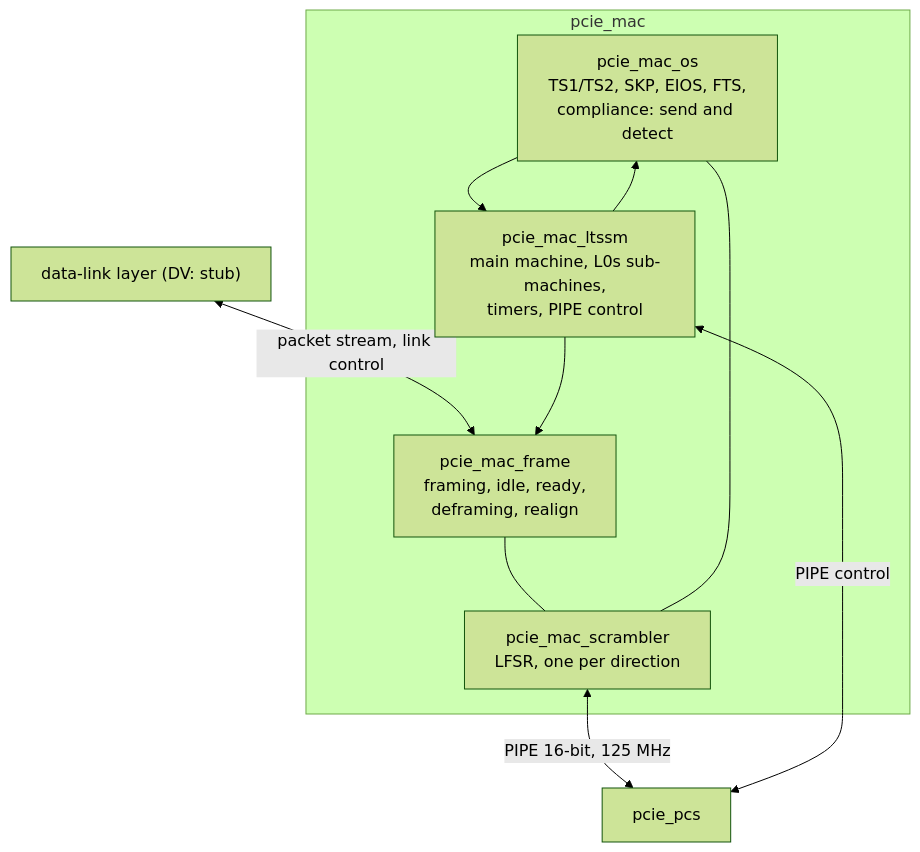
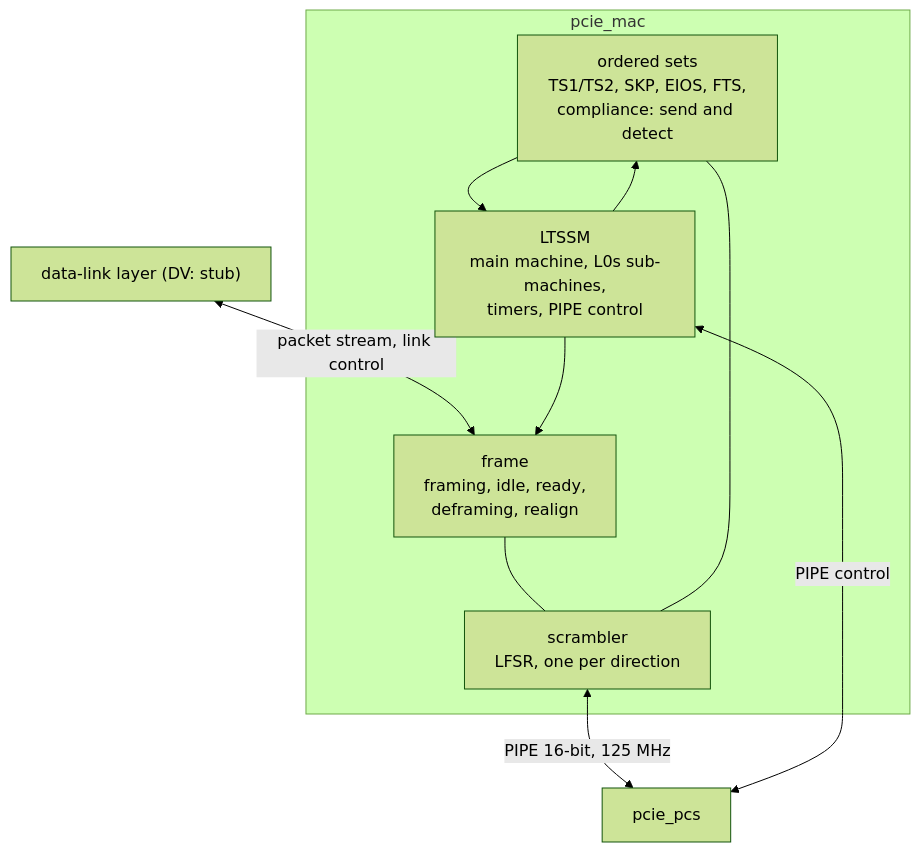
The diagram in wiki/src/arch/mac/HAS.md (amichai-bd/pcie-factory), drawn with Mermaid (forest theme) before and after one commit. The commit also changed other lines of this file and 98 other files, not shown here.

First line of the commit message:
Restructure mac into one IP with one testbench; add common_pkg (#163)

````diff
--- a/wiki/src/arch/mac/HAS.md
+++ b/wiki/src/arch/mac/HAS.md
@@ -26,17 +26,17 @@
 ```mermaid
 flowchart TB
   up["data-link layer (DV: stub)"] <-- "packet stream, link control" --> fr
   subgraph mac["pcie_mac"]
-    fr["pcie_mac_frame<br/>framing, idle, ready,<br/>deframing, realign"]
-    os["pcie_mac_os<br/>TS1/TS2, SKP, EIOS, FTS,<br/>compliance: send and detect"]
-    sc["pcie_mac_scrambler<br/>LFSR, one per direction"]
-    lt["pcie_mac_ltssm<br/>main machine, L0s sub-machines,<br/>timers, PIPE control"]
+    fr["frame<br/>framing, idle, ready,<br/>deframing, realign"]
+    os["ordered sets<br/>TS1/TS2, SKP, EIOS, FTS,<br/>compliance: send and detect"]
+    sc["scrambler<br/>LFSR, one per direction"]
+    lt["LTSSM<br/>main machine, L0s sub-machines,<br/>timers, PIPE control"]
     fr --- sc
     os --- sc
     lt --> fr
     lt --> os
     os --> lt
   end
   sc <-- "PIPE 16-bit, 125 MHz" --> pcs["pcie_pcs"]
   lt <-- "PIPE control" --> pcs
 ```
````
